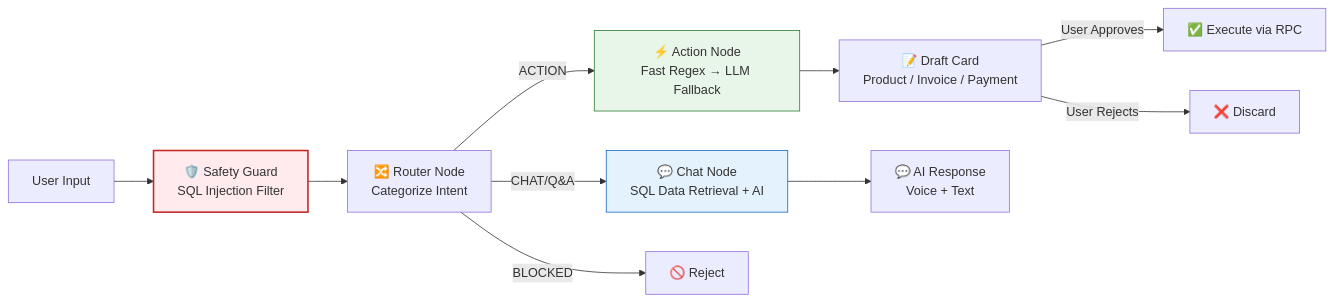
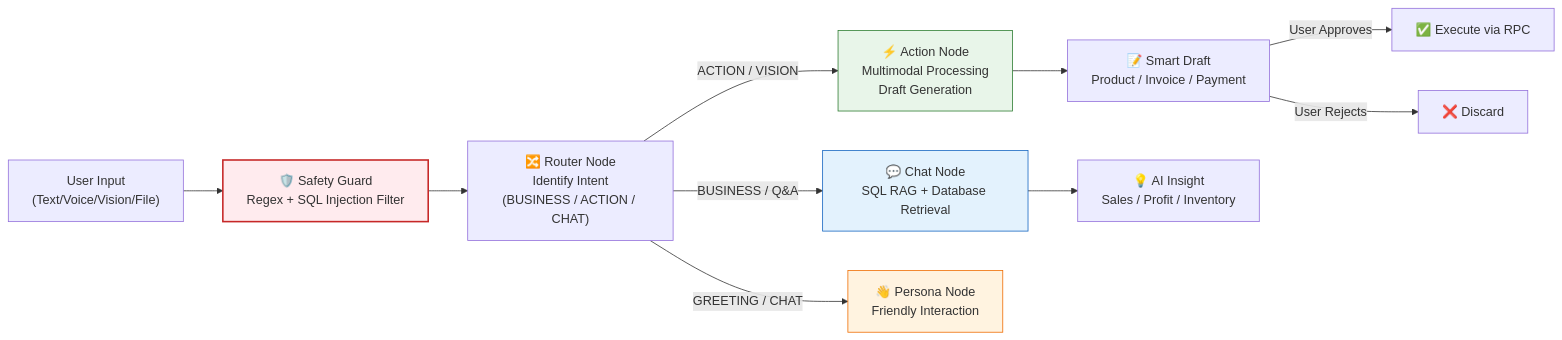
The second of 2 diagrams in README.md (mazi3012/dukansathi-monorepo), drawn with Mermaid before and after one commit. The commit also changed other lines of this file, not shown here.

Commit message:
docs: update architecture and agentic pipeline diagrams for Gemini 3.1

````diff
--- a/README.md
+++ b/README.md
@@ -64,19 +58,20 @@
 ```mermaid
 graph LR
-    A["User Input"] --> B["🛡️ Safety Guard<br/>SQL Injection Filter"]
-    B --> C["🔀 Router Node<br/>Categorize Intent"]
+    A["User Input<br/>(Text/Voice/Vision/File)"] --> B["🛡️ Safety Guard<br/>Regex + SQL Injection Filter"]
+    B --> C["🔀 Router Node<br/>Identify Intent<br/>(BUSINESS / ACTION / CHAT)"]
     
-    C -->|"ACTION"| D["⚡ Action Node<br/>Fast Regex → LLM Fallback"]
-    C -->|"CHAT/Q&A"| E["💬 Chat Node<br/>SQL Data Retrieval + AI"]
-    C -->|"BLOCKED"| F["🚫 Reject"]
+    C -->|"ACTION / VISION"| D["⚡ Action Node<br/>Multimodal Processing<br/>Draft Generation"]
+    C -->|"BUSINESS / Q&A"| E["💬 Chat Node<br/>SQL RAG + Database Retrieval"]
+    C -->|"GREETING / CHAT"| F["👋 Persona Node<br/>Friendly Interaction"]
     
-    D --> G["📝 Draft Card<br/>Product / Invoice / Payment"]
-    E --> H["💬 AI Response<br/>Voice + Text"]
+    D --> G["📝 Smart Draft<br/>Product / Invoice / Payment"]
+    E --> H["💡 AI Insight<br/>Sales / Profit / Inventory"]
     
     G -->|"User Approves"| I["✅ Execute via RPC"]
     G -->|"User Rejects"| J["❌ Discard"]
     
     style B fill:#ffebee,stroke:#c62828,stroke-width:2px
     style D fill:#e8f5e9,stroke:#2e7d32
     style E fill:#e3f2fd,stroke:#1565c0
+    style F fill:#fff3e0,stroke:#ef6c00
 ```
````
